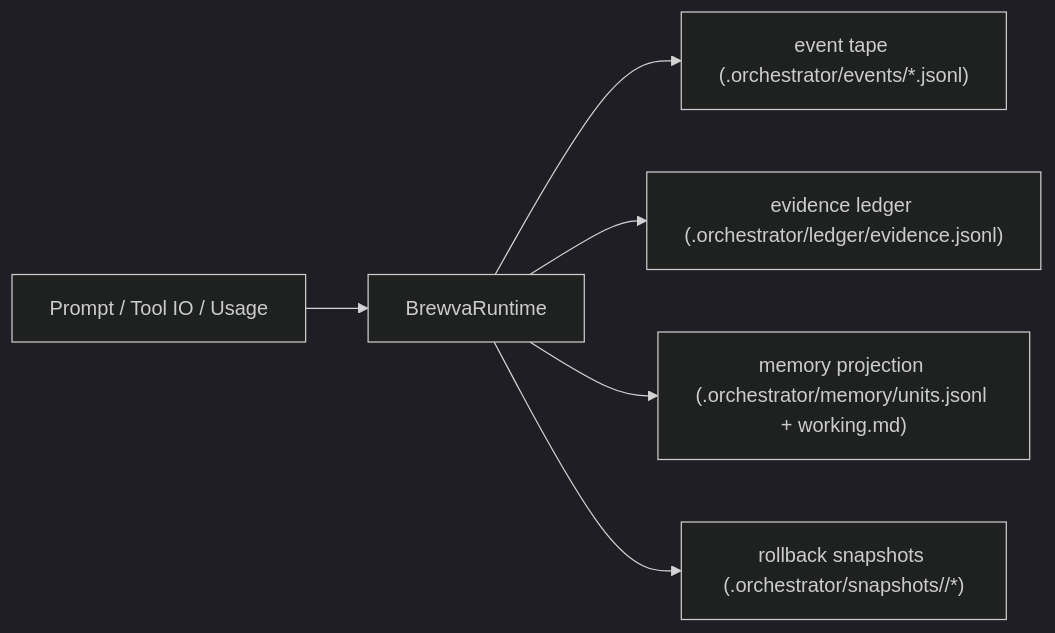
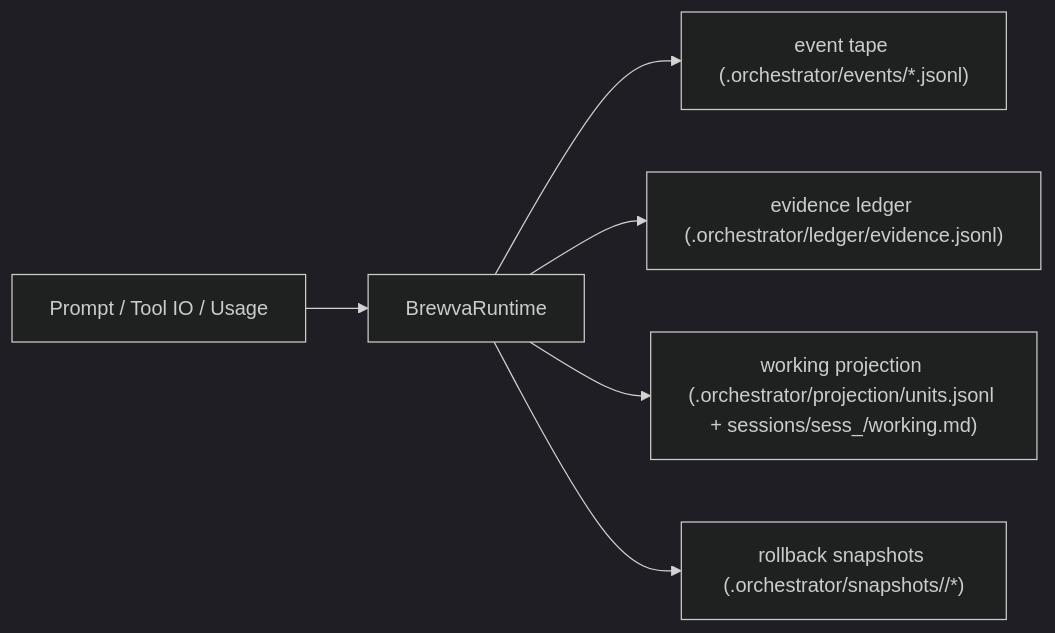
Before and after one commit to arcthur/brewva: the third of 6 diagrams in docs/architecture/control-and-data-flow.md, drawn with Mermaid (dark theme). The commit also changed other lines of this file and 100 other files, not shown here.

````diff
--- a/docs/architecture/control-and-data-flow.md
+++ b/docs/architecture/control-and-data-flow.md
@@ -41,8 +41,8 @@
 ```mermaid
 flowchart LR
   IN["Prompt / Tool IO / Usage"] --> RT["BrewvaRuntime"]
   RT --> EV["event tape (.orchestrator/events/*.jsonl)"]
   RT --> LD["evidence ledger (.orchestrator/ledger/evidence.jsonl)"]
-  RT --> MEM["memory projection (.orchestrator/memory/units.jsonl + working.md)"]
+  RT --> MEM["working projection (.orchestrator/projection/units.jsonl + sessions/sess_<id>/working.md)"]
   RT --> SNAP["rollback snapshots (.orchestrator/snapshots/<session>/*)"]
 ```
````
